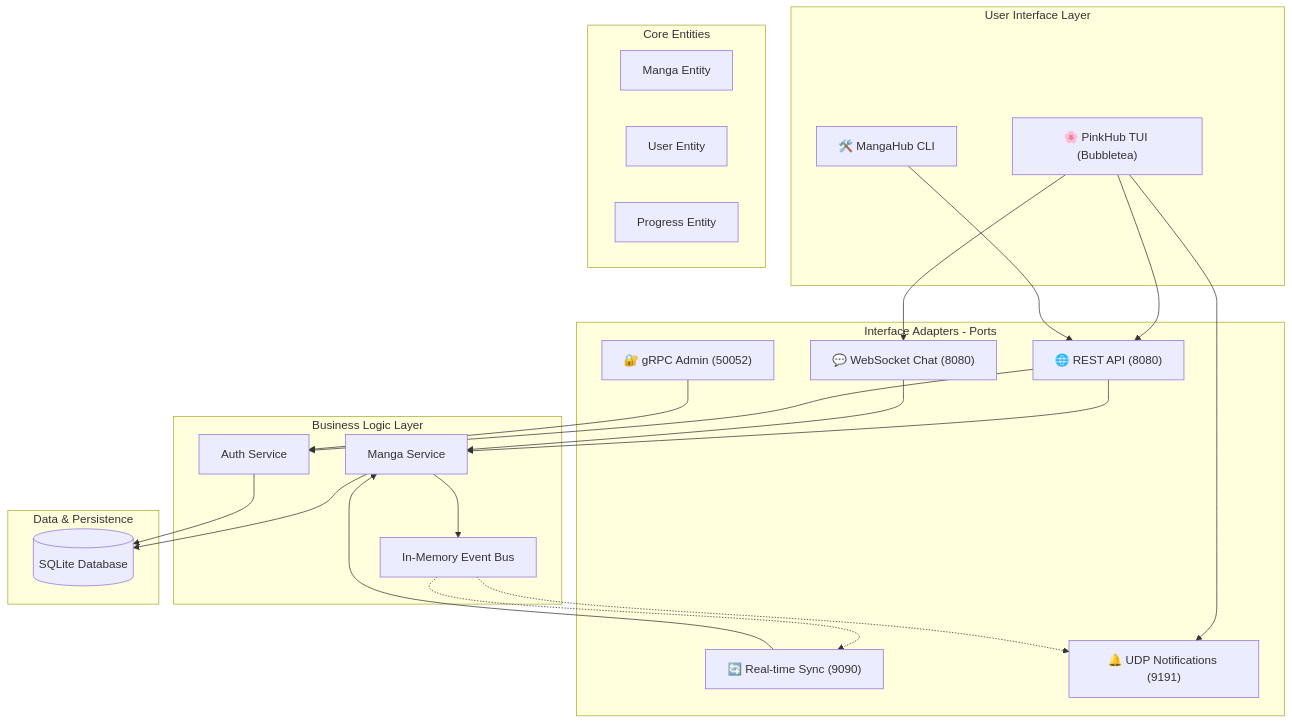
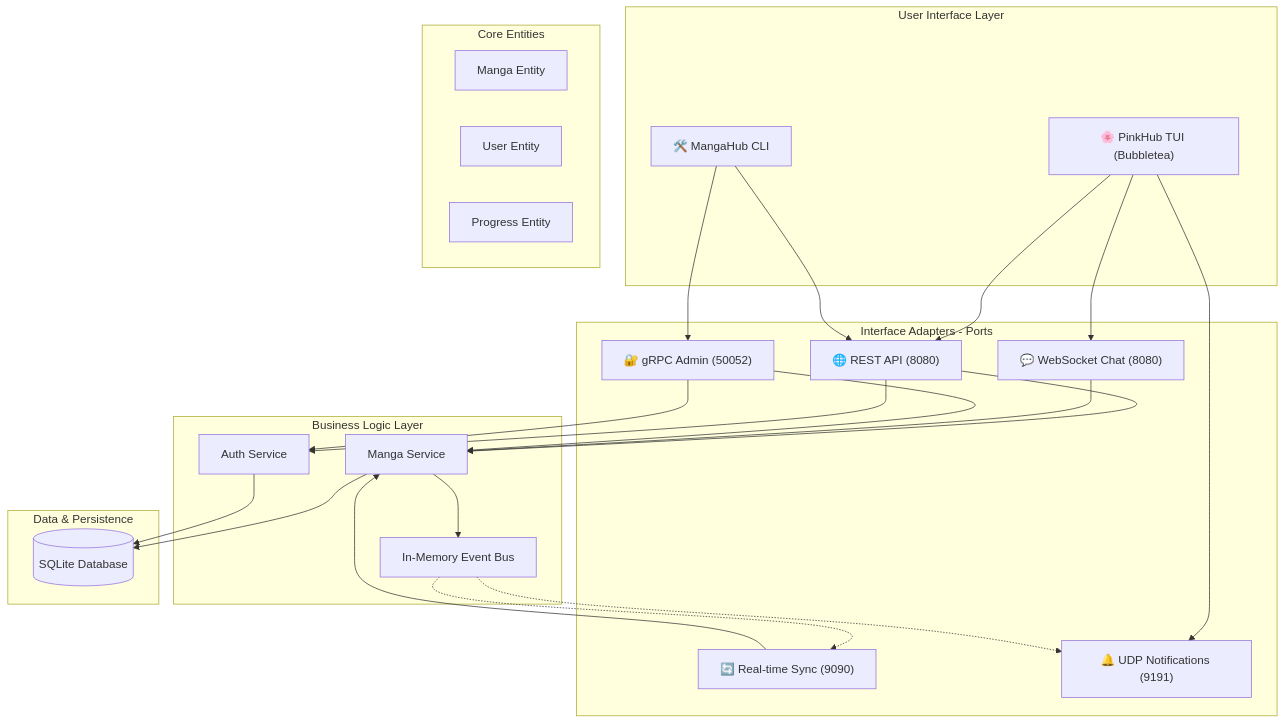
Before and after one commit to panadolextra91/ncp-mangahub: the first of 2 diagrams in ARCHITECTURE.md, drawn with Mermaid. The commit also changed other lines of this file and 13 other files, not shown here.

````diff
--- a/ARCHITECTURE.md
+++ b/ARCHITECTURE.md
@@ -7,51 +7,53 @@
 ```mermaid
 graph TD
     subgraph Clients [User Interface Layer]
         TUI["🌸 PinkHub TUI (Bubbletea)"]
         CLI["🛠️ MangaHub CLI"]
     end
 
     subgraph Adapters [Interface Adapters - Ports]
         HTTP["🌐 REST API (8080)"]
         WS["💬 WebSocket Chat (8080)"]
         TCP["🔄 Real-time Sync (9090)"]
         UDP["🔔 UDP Notifications (9191)"]
         GRPC["🔐 gRPC Admin (50052)"]
     end
 
     subgraph Application [Business Logic Layer]
         MangaSvc[Manga Service]
         AuthSvc[Auth Service]
         EventBus[In-Memory Event Bus]
     end
 
     subgraph Domain [Core Entities]
         MangaModel[Manga Entity]
         UserModel[User Entity]
         ProgressModel[Progress Entity]
     end
 
     subgraph Infrastructure [Data & Persistence]
         DB[(SQLite Database)]
     end
 
     %% Flow: Clients to Adapters
     TUI --> HTTP
     TUI --> WS
     TUI --> UDP
     CLI --> HTTP
+    CLI --> GRPC
 
     %% Flow: Adapters to Application
     HTTP --> AuthSvc
     HTTP --> MangaSvc
     WS --> MangaSvc
     TCP --> MangaSvc
     GRPC --> AuthSvc
+    GRPC --> MangaSvc
 
     %% Flow: Application to Domain/Infra
     MangaSvc --> EventBus
     MangaSvc --> DB
     AuthSvc --> DB
     EventBus -.-> UDP
     EventBus -.-> TCP
 ```
````
